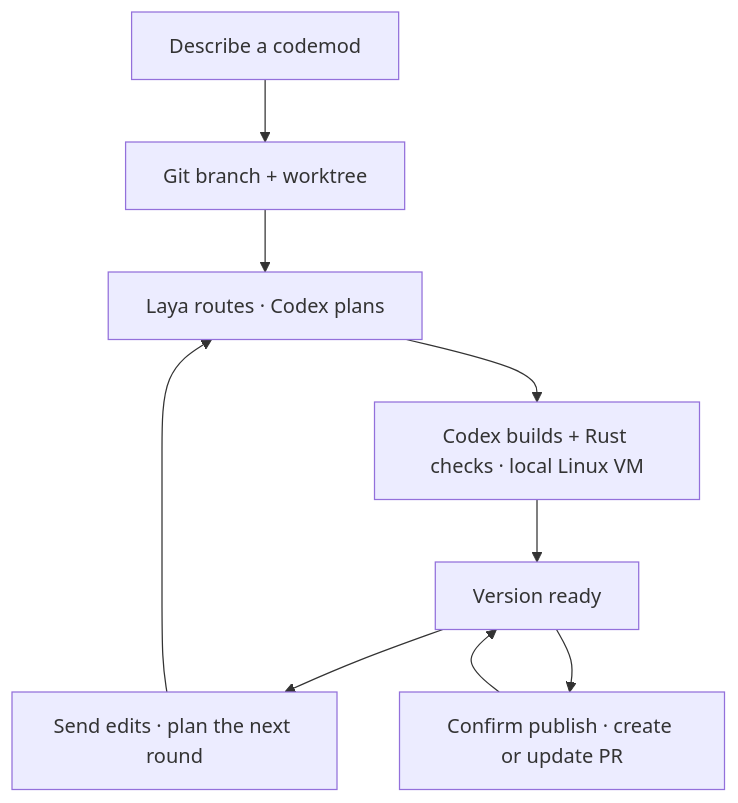
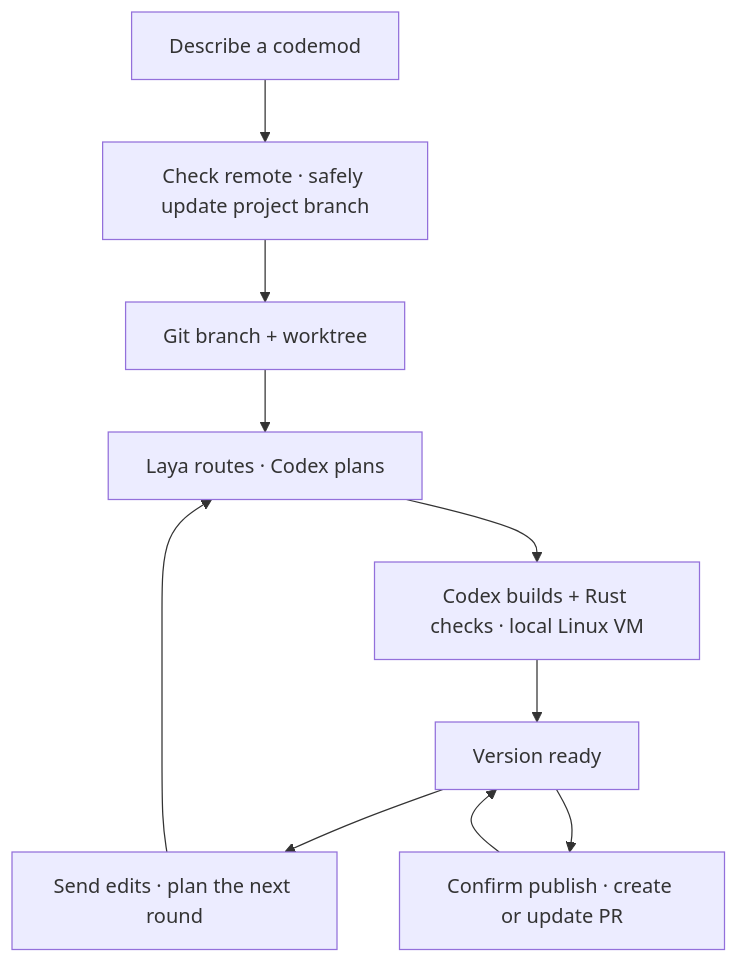
One commit to minimumeffort-dev/sprowt.harness changed the diagram in README.md. Above: the diagram before and after it, drawn with Mermaid. The commit also changed other lines of this file and 12 other files, not shown here.

Commit message:
Sync project branches before codemod planning

````diff
--- a/README.md
+++ b/README.md
@@ -33,11 +33,12 @@
 ```mermaid
 flowchart TB
-    goal["Describe a codemod"] --> setup["Git branch + worktree"]
+    goal["Describe a codemod"] --> sync["Check remote · safely update project branch"]
+    sync --> setup["Git branch + worktree"]
     setup --> planner["Laya routes · Codex plans"]
     planner --> build["Codex builds + Rust checks · local Linux VM"]
     build --> ready["Version ready"]
     ready --> edits["Send edits · plan the next round"]
     edits --> planner
     ready --> publish["Confirm publish · create or update PR"]
     publish --> ready
 ```
````
